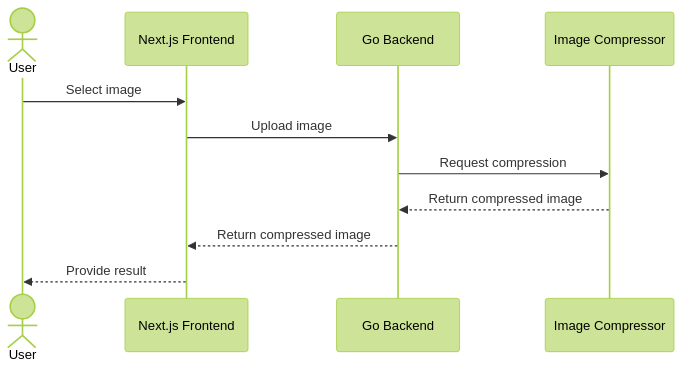
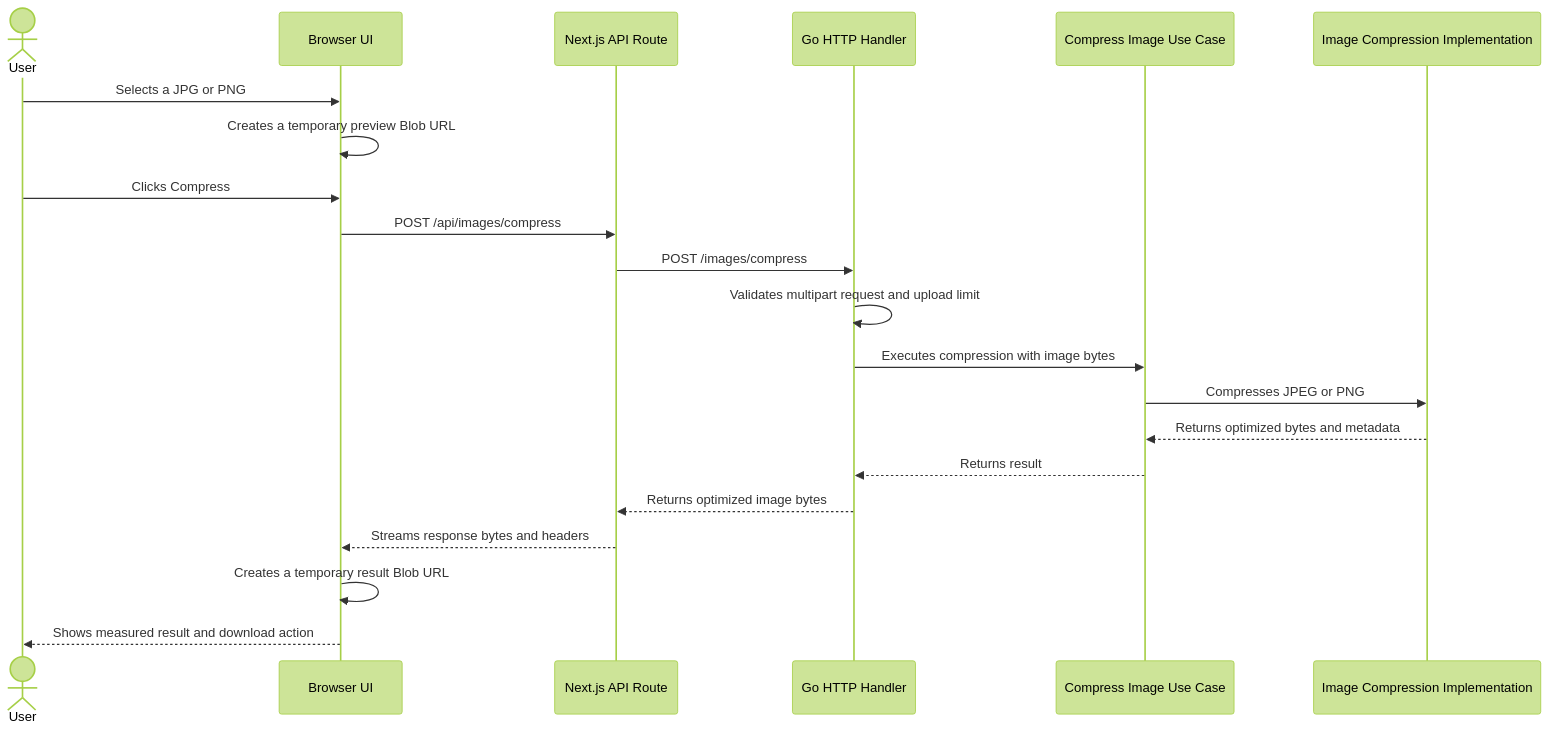
Before and after one commit to juniocr26/go-image-optimizer: the diagram in docs/en/architecture.md, drawn with Mermaid (forest theme). The commit also changed other lines of this file and 21 other files, not shown here.

Commit message:
feat: implement image compression workflow

````diff
--- a/docs/en/architecture.md
+++ b/docs/en/architecture.md
@@ -68,14 +20,24 @@
 ```mermaid
 sequenceDiagram
     actor User
-    participant Frontend as Next.js Frontend
-    participant Backend as Go Backend
-    participant Processor as Image Compressor
+    participant Browser as Browser UI
+    participant NextAPI as Next.js API Route
+    participant Handler as Go HTTP Handler
+    participant UseCase as Compress Image Use Case
+    participant Compressor as Image Compression Implementation
 
-    User->>Frontend: Select image
-    Frontend->>Backend: Upload image
-    Backend->>Processor: Request compression
-    Processor-->>Backend: Return compressed image
-    Backend-->>Frontend: Return compressed image
-    Frontend-->>User: Provide result
+    User->>Browser: Selects a JPG or PNG
+    Browser->>Browser: Creates a temporary preview Blob URL
+    User->>Browser: Clicks Compress
+    Browser->>NextAPI: POST /api/images/compress
+    NextAPI->>Handler: POST /images/compress
+    Handler->>Handler: Validates multipart request and upload limit
+    Handler->>UseCase: Executes compression with image bytes
+    UseCase->>Compressor: Compresses JPEG or PNG
+    Compressor-->>UseCase: Returns optimized bytes and metadata
+    UseCase-->>Handler: Returns result
+    Handler-->>NextAPI: Returns optimized image bytes
+    NextAPI-->>Browser: Streams response bytes and headers
+    Browser->>Browser: Creates a temporary result Blob URL
+    Browser-->>User: Shows measured result and download action
 ```
````
